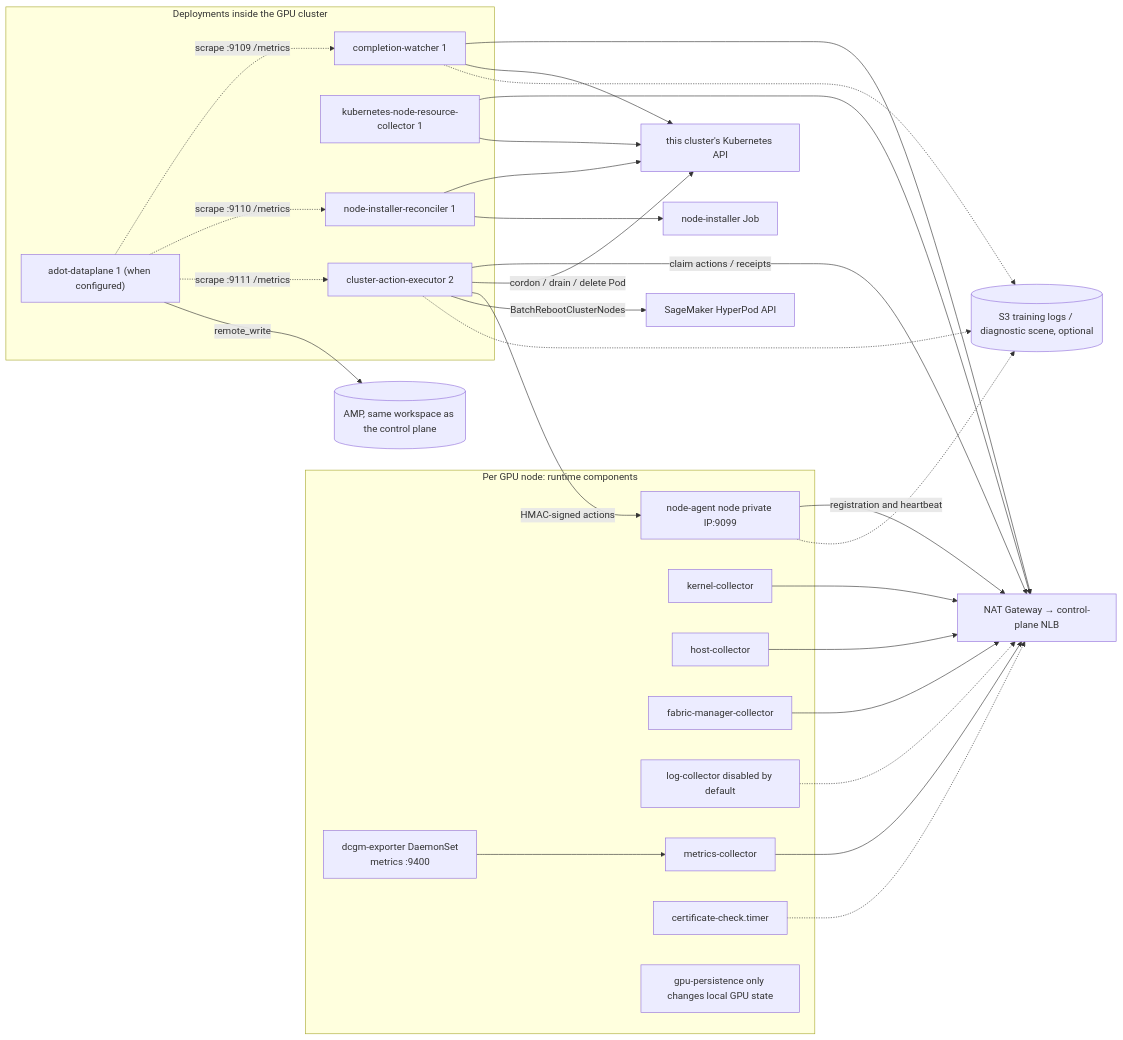
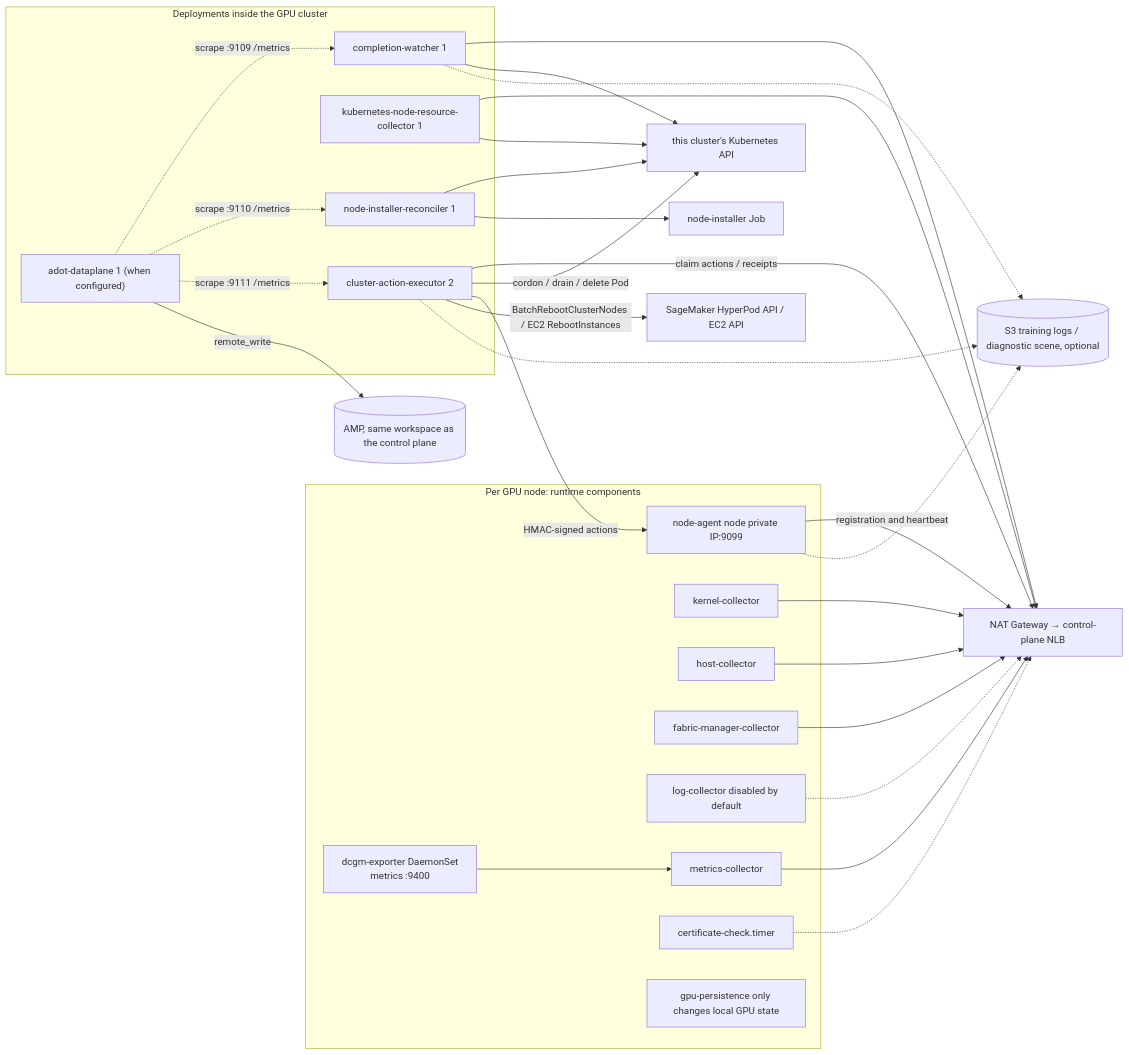
Before and after one commit to yuhuiaws/GPU-Fault-Recovery-System: the fourth of 9 diagrams in docs/en/high-level-design.md, drawn with Mermaid. The commit also changed other lines of this file and 1 other file, not shown here.

````diff
--- a/docs/en/high-level-design.md
+++ b/docs/en/high-level-design.md
@@ -442,56 +505,56 @@
 ```mermaid
 flowchart LR
     subgraph NODE["Per GPU node: runtime components"]
         DE["dcgm-exporter DaemonSet<br/>metrics :9400"]
         MC["metrics-collector"]
         KC["kernel-collector"]
         HC["host-collector"]
         FC["fabric-manager-collector"]
         LC["log-collector disabled by default"]
         NA["node-agent node private IP:9099"]
         CT["certificate-check.timer"]
         GP["gpu-persistence only changes local GPU state"]
         DE --> MC
     end
 
     subgraph GDEP["Deployments inside the GPU cluster"]
         CW["completion-watcher 1"]
         NRC["kubernetes-node-resource-collector 1"]
         CAE["cluster-action-executor 2"]
         NIR["node-installer-reconciler 1"]
         ADP["adot-dataplane 1 (when configured)"]
     end
 
     KAPI["this cluster's Kubernetes API"]
     JOB["node-installer Job"]
     NATGW["NAT Gateway → control-plane NLB"]
     S3[("S3 training logs / diagnostic scene, optional")]
-    HPAPI["SageMaker HyperPod API"]
+    HPAPI["SageMaker HyperPod API / EC2 API"]
     AMPW[("AMP, same workspace as the control plane")]
 
     MC --> NATGW
     KC --> NATGW
     HC --> NATGW
     FC --> NATGW
     LC -.-> NATGW
     NA -- "registration and heartbeat" --> NATGW
     CT -.-> NATGW
     CW --> NATGW
     NRC --> NATGW
     CAE -- "claim actions / receipts" --> NATGW
 
     CW --> KAPI
     NRC --> KAPI
     NIR --> KAPI
     NIR --> JOB
     CAE -- "cordon / drain / delete Pod" --> KAPI
     CAE -- "HMAC-signed actions" --> NA
-    CAE -- "BatchRebootClusterNodes" --> HPAPI
+    CAE -- "BatchRebootClusterNodes / EC2 RebootInstances" --> HPAPI
     CAE -.-> S3
     CW -.-> S3
     NA -.-> S3
     ADP -. "scrape :9109 /metrics" .-> CW
     ADP -. "scrape :9110 /metrics" .-> NIR
     ADP -. "scrape :9111 /metrics" .-> CAE
     ADP -- "remote_write" --> AMPW
 ```
````
